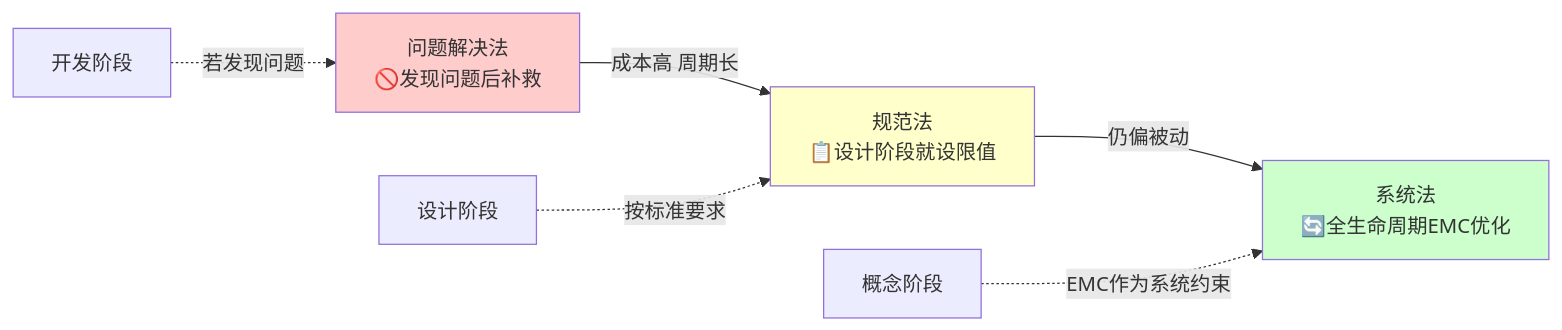
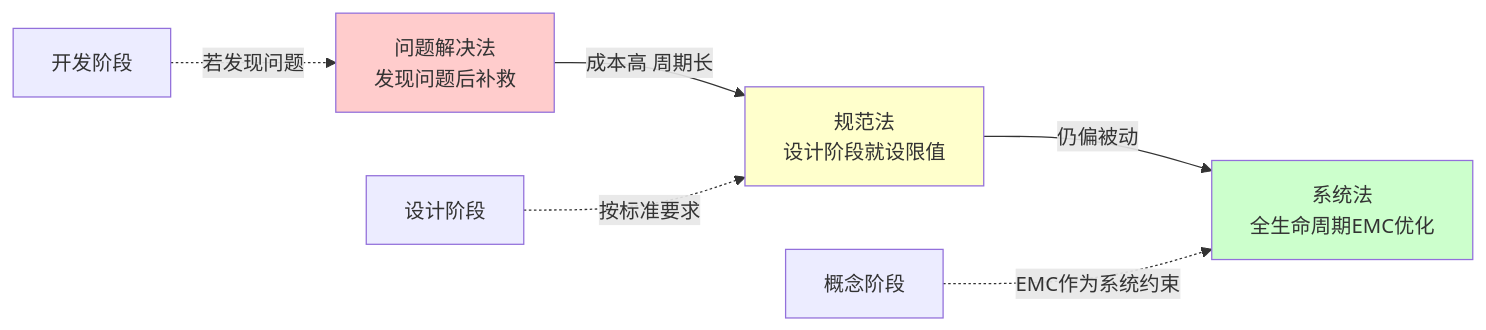
The sixth of 7 diagrams in output/第1章-绪论.md (huoli4844/chateacher-emc), drawn with Mermaid before and after one commit. The commit also changed other lines of this file, not shown here.

Commit message:
fix: 移除Mermaid图中所有emoji（🔄⚠️🚫📋⭐⭐⭐⭐⭐），修复渲染问题

````diff
--- a/output/第1章-绪论.md
+++ b/output/第1章-绪论.md
@@ -455,13 +455,13 @@
 ```mermaid
 graph LR
-    A["问题解决法<br>🚫发现问题后补救"] -->|"成本高 周期长"| B["规范法<br>📋设计阶段就设限值"]
-    B -->|"仍偏被动"| C["系统法<br>🔄全生命周期EMC优化"]
+    A["问题解决法<br>发现问题后补救"] -->|"成本高 周期长"| B["规范法<br>设计阶段就设限值"]
+    B -->|"仍偏被动"| C["系统法<br>全生命周期EMC优化"]
     
     D["开发阶段"] -.->|"若发现问题"| A
     E["设计阶段"] -.->|"按标准要求"| B
     F["概念阶段"] -.->|"EMC作为系统约束"| C
     
     style A fill:#ffcccc
     style B fill:#ffffcc
     style C fill:#ccffcc
 ```
````
